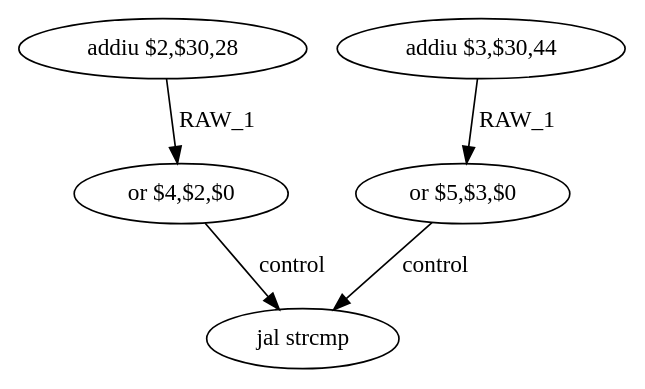
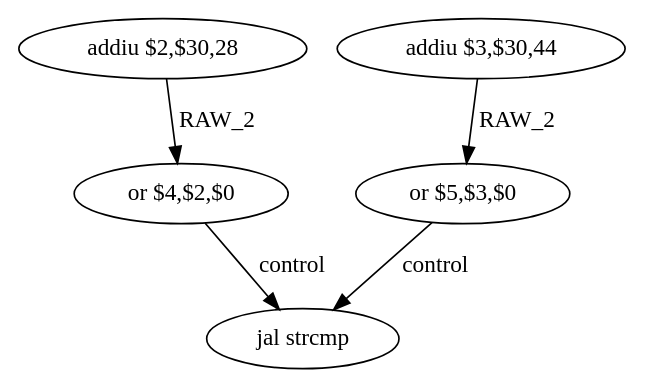
One commit to Shaolans/CA_CFG_ASM changed the diagram in CodeEtudiant/tmp/_func_15_dfg_bb12.dot. Above: the diagram before and after it, drawn with Graphviz. The commit also changed 145 other files, not shown here.

```diff
--- a/CodeEtudiant/tmp/_func_15_dfg_bb12.dot
+++ b/CodeEtudiant/tmp/_func_15_dfg_bb12.dot
@@ -1,12 +1,12 @@
 digraph G1 {
 node [shape = ellipse];
 i0 [label = "addiu $2,$30,28"] ;
-i0 ->  i2 [label= "RAW_1"];
+i0 ->  i2 [label= "RAW_2"];
 i2 [label = "or $4,$2,$0"] ;
 i2 ->  i4 [label= "control"];
 i4 [label = "jal strcmp"] ;
 i1 [label = "addiu $3,$30,44"] ;
-i1 ->  i3 [label= "RAW_1"];
+i1 ->  i3 [label= "RAW_2"];
 i3 [label = "or $5,$3,$0"] ;
 i3 ->  i4 [label= "control"];
 }
```
